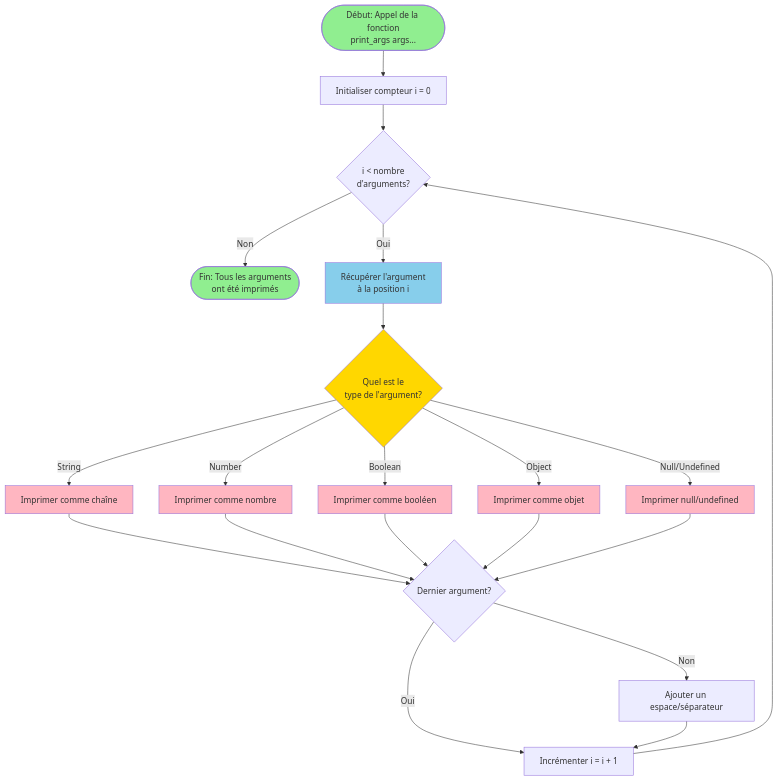
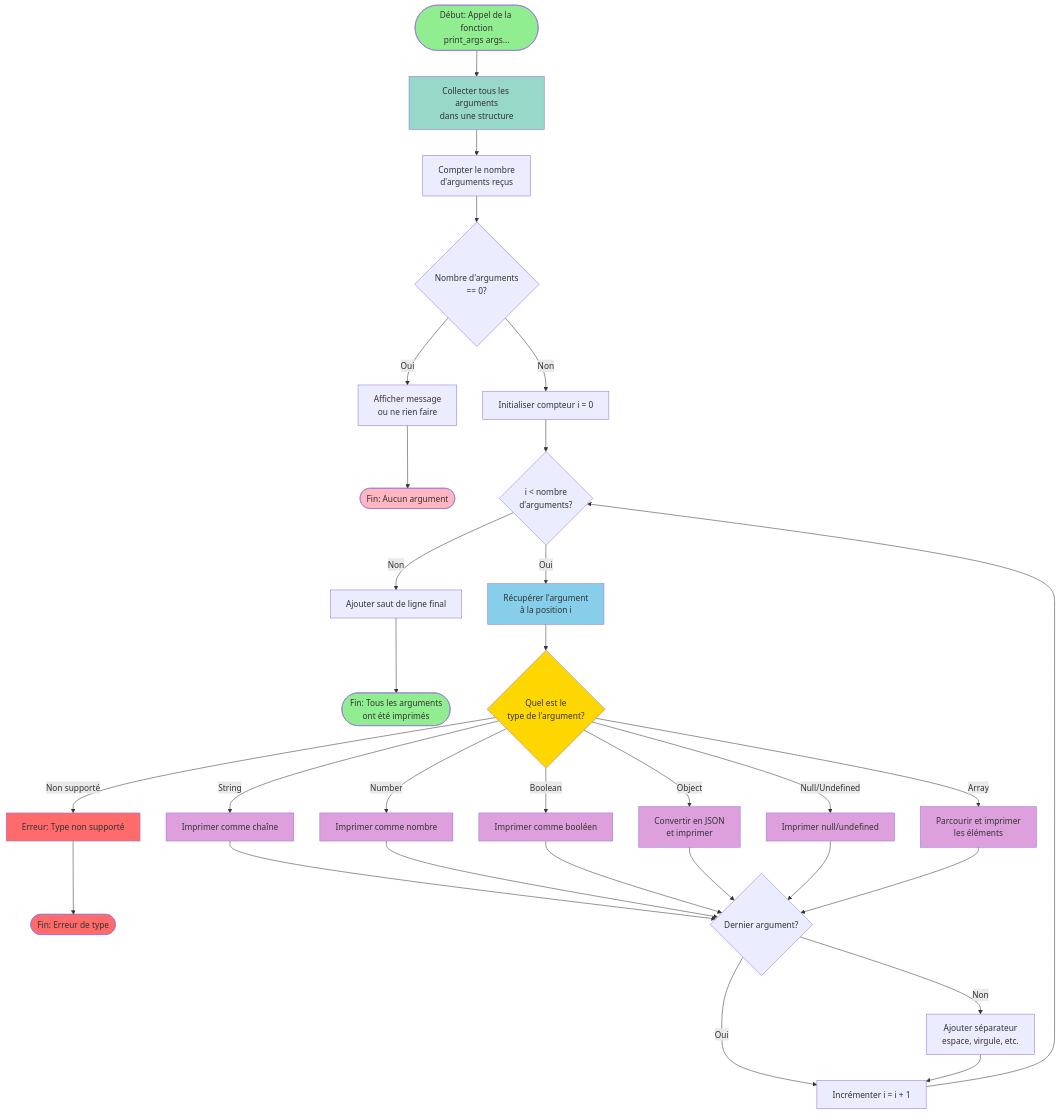
Before and after one commit to serkam31/how-to-do-a-commit: the diagram in print-variadic-flowchart.md, drawn with Mermaid. The commit also changed other lines of this file, not shown here.

Commit message:
update: enhance variadic print function flowchart
- Added argument collection and counting steps
- Added handling for zero arguments case
- Added error handling for unsupported types
- Added Array type support
- Added language-specific limitations (C, Java, Python, JavaScript)
- Added formatting options with custom separator example
- Improved visual flow with better color coding

````diff
--- a/print-variadic-flowchart.md
+++ b/print-variadic-flowchart.md
@@ -3,41 +3,61 @@
 ```mermaid
 flowchart TD
-    Start([Début: Appel de la fonction<br/>print_args args...]) --> InitCounter[Initialiser compteur i = 0]
+    Start([Début: Appel de la fonction<br/>print_args args...]) --> CollectArgs[Collecter tous les arguments<br/>dans une structure]
+
+    CollectArgs --> CountArgs[Compter le nombre<br/>d'arguments reçus]
+
+    CountArgs --> CheckEmpty{Nombre d'arguments<br/>== 0?}
+
+    CheckEmpty -->|Oui| HandleEmpty[Afficher message<br/>ou ne rien faire]
+    HandleEmpty --> End2([Fin: Aucun argument])
+
+    CheckEmpty -->|Non| InitCounter[Initialiser compteur i = 0]
 
     InitCounter --> CheckArgs{i < nombre<br/>d'arguments?}
 
-    CheckArgs -->|Non| End1([Fin: Tous les arguments<br/>ont été imprimés])
+    CheckArgs -->|Non| AddNewline[Ajouter saut de ligne final]
+    AddNewline --> End1([Fin: Tous les arguments<br/>ont été imprimés])
 
     CheckArgs -->|Oui| GetArg[Récupérer l'argument<br/>à la position i]
 
     GetArg --> CheckType{Quel est le<br/>type de l'argument?}
 
     CheckType -->|String| PrintString[Imprimer comme chaîne]
     CheckType -->|Number| PrintNumber[Imprimer comme nombre]
     CheckType -->|Boolean| PrintBoolean[Imprimer comme booléen]
-    CheckType -->|Object| PrintObject[Imprimer comme objet]
+    CheckType -->|Object| PrintObject[Convertir en JSON<br/>et imprimer]
     CheckType -->|Null/Undefined| PrintNull[Imprimer null/undefined]
+    CheckType -->|Array| PrintArray[Parcourir et imprimer<br/>les éléments]
+    CheckType -->|Non supporté| HandleError[Erreur: Type non supporté]
+
+    HandleError --> End3([Fin: Erreur de type])
 
     PrintString --> AddSeparator{Dernier argument?}
     PrintNumber --> AddSeparator
     PrintBoolean --> AddSeparator
     PrintObject --> AddSeparator
     PrintNull --> AddSeparator
+    PrintArray --> AddSeparator
 
-    AddSeparator -->|Non| AddSpace[Ajouter un espace/séparateur]
+    AddSeparator -->|Non| AddSpace[Ajouter séparateur<br/>espace, virgule, etc.]
     AddSeparator -->|Oui| IncrementCounter
 
     AddSpace --> IncrementCounter[Incrémenter i = i + 1]
 
     IncrementCounter --> CheckArgs
 
     style Start fill:#90EE90
     style End1 fill:#90EE90
+    style End2 fill:#FFB6C1
+    style End3 fill:#FF6B6B
     style GetArg fill:#87CEEB
     style CheckType fill:#FFD700
-    style PrintString fill:#FFB6C1
-    style PrintNumber fill:#FFB6C1
-    style PrintBoolean fill:#FFB6C1
-    style PrintObject fill:#FFB6C1
-    style PrintNull fill:#FFB6C1
+    style PrintString fill:#DDA0DD
+    style PrintNumber fill:#DDA0DD
+    style PrintBoolean fill:#DDA0DD
+    style PrintObject fill:#DDA0DD
+    style PrintNull fill:#DDA0DD
+    style PrintArray fill:#DDA0DD
+    style HandleError fill:#FF6B6B
+    style CollectArgs fill:#98D8C8
 ```
````
